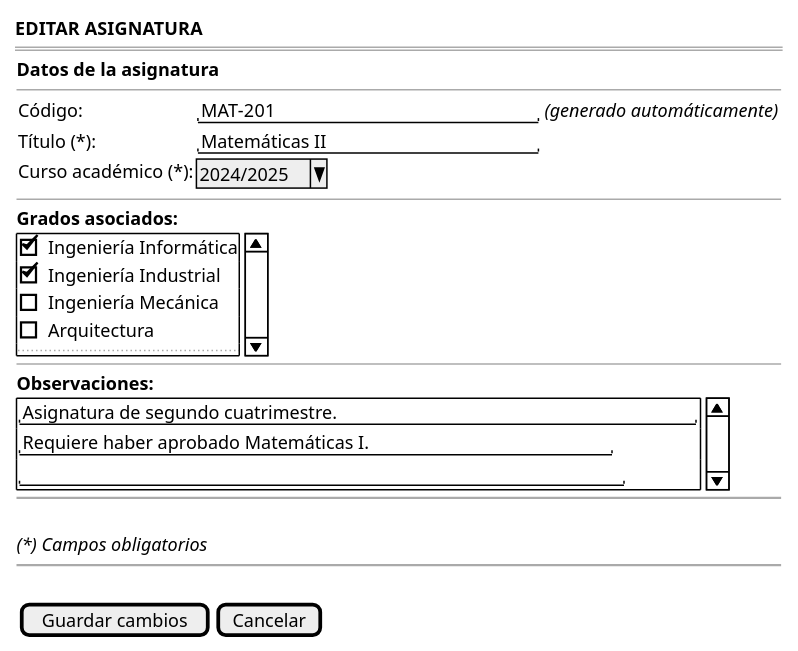
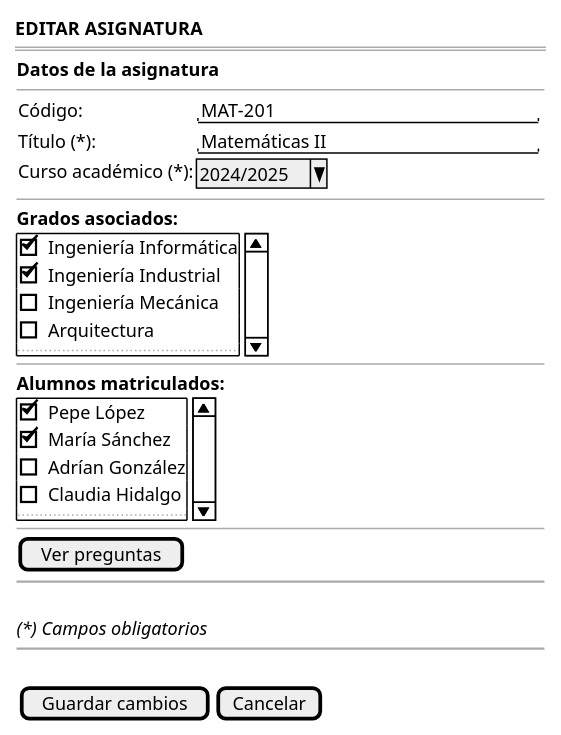
The diagram in documents/casos-de-uso/prototipadoCasosDeUso/editarAsignatura/editarAsignatura.puml (martinlopez7/25-26-IdSw1-SdR), drawn with PlantUML before and after one commit. The commit also changed 13 other files, not shown here.

```diff
--- a/documents/casos-de-uso/prototipadoCasosDeUso/editarAsignatura/editarAsignatura.puml
+++ b/documents/casos-de-uso/prototipadoCasosDeUso/editarAsignatura/editarAsignatura.puml
@@ -1,43 +1,49 @@
 @startsalt editarAsignatura_FORMULARIO
 {
     <b>EDITAR ASIGNATURA</b>
     ===
     {
         <b>Datos de la asignatura</b>
         --
         {
-            Código:         | "MAT-201                     " | <i>(generado automáticamente)</i>
+            Código:         | "MAT-201                     " 
             Título (*):     | "Matemáticas II              "
             Curso académico (*): | ^2024/2025^
         }
         
         --
         
         <b>Grados asociados:</b>
         {SI
             [X] Ingeniería Informática
             [X] Ingeniería Industrial
             [ ] Ingeniería Mecánica
             [ ] Arquitectura
             ...
         }
         
         --
         
-        <b>Observaciones:</b>
+        <b>Alumnos matriculados:</b>
         {SI
-            "Asignatura de segundo cuatrimestre.                     "
-            "Requiere haber aprobado Matemáticas I.           "
-            "                                                  "
+            [X] Pepe López
+            [X] María Sánchez
+            [ ] Adrían González
+            [ ] Claudia Hidalgo
+            ...
         }
+        
+        --
+        
+        [Ver preguntas]
         
         ~~
         .
         <i>(*) Campos obligatorios</i>
         
         ~~
         .
         {[Guardar cambios] | [Cancelar]}
     }
 }
 @endsalt
```
